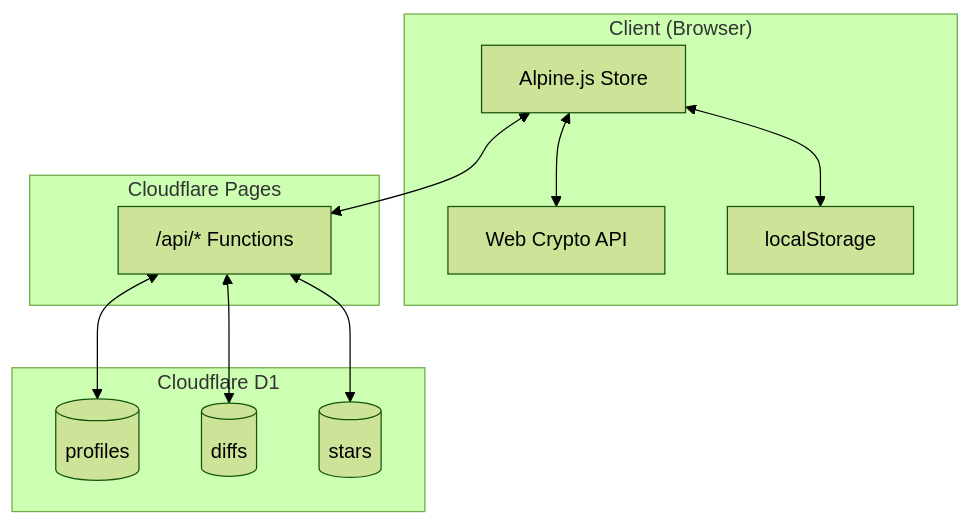
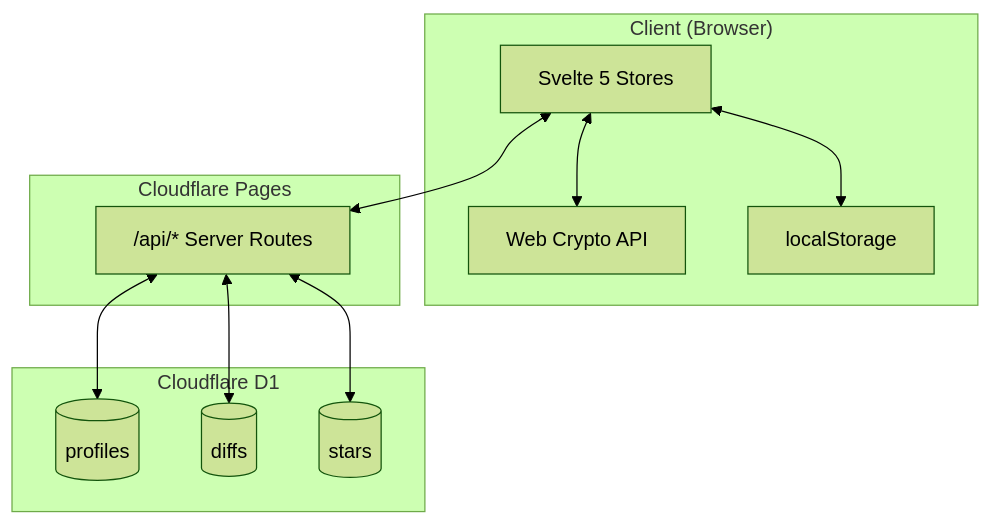
The diagram in docs/index.md (SmileyChris/difflog), drawn with Mermaid (forest theme) before and after one commit. The commit also changed other lines of this file and 3 other files, not shown here.

First line of the commit message:
docs: update from Alpine.js to SvelteKit architecture

````diff
--- a/docs/index.md
+++ b/docs/index.md
@@ -28,25 +28,25 @@
 ``` mermaid
 graph TB
     subgraph Client ["Client (Browser)"]
-        Store[Alpine.js Store]
+        Stores[Svelte 5 Stores]
         Crypto[Web Crypto API]
         Storage[localStorage]
     end
 
     subgraph Server ["Cloudflare Pages"]
-        API["/api/* Functions"]
+        API["/api/* Server Routes"]
     end
 
     subgraph DB ["Cloudflare D1"]
         Profiles[(profiles)]
         Diffs[(diffs)]
         Stars[(stars)]
     end
 
-    Store <--> Crypto
-    Store <--> Storage
-    Store <--> API
+    Stores <--> Crypto
+    Stores <--> Storage
+    Stores <--> API
     API <--> Profiles
     API <--> Diffs
     API <--> Stars
 ```
````
